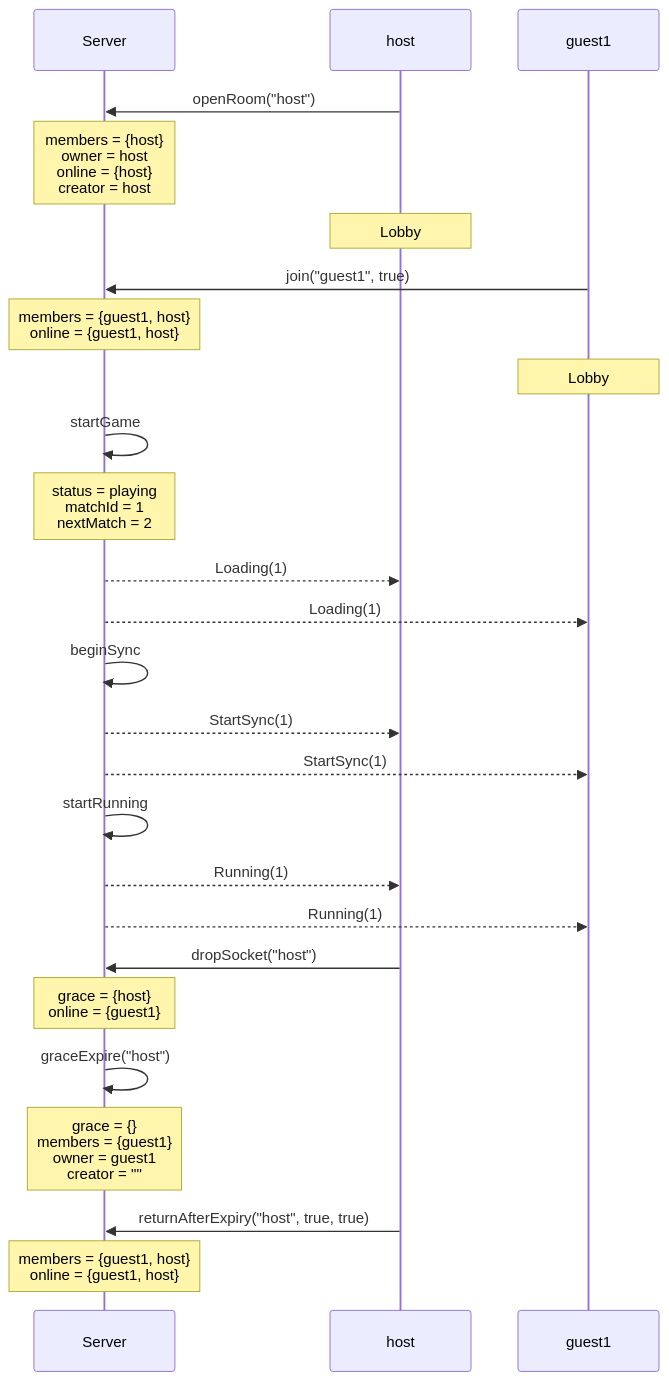
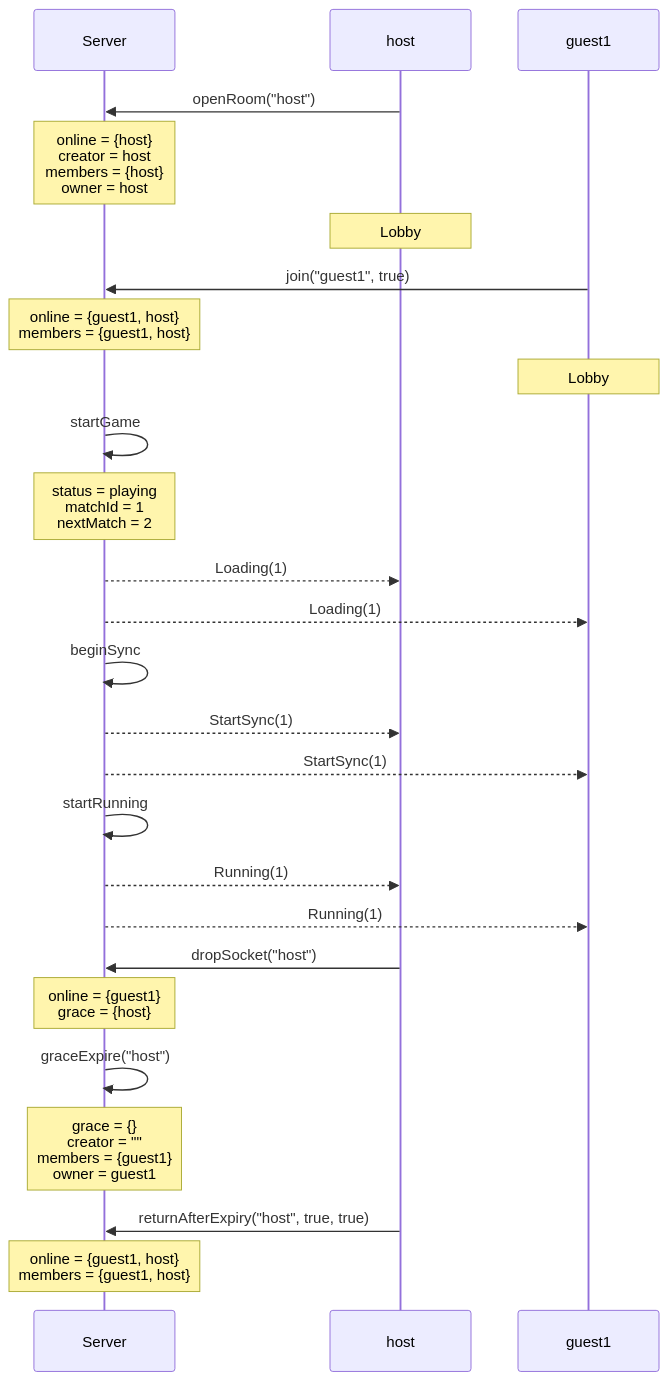
One commit to kwilson21/kaillera-next changed the seventh of 29 diagrams in docs/spec-traces.md. Above: the diagram before and after it, drawn with Mermaid. The commit also changed other lines of this file and 15 other files, not shown here.

````diff
--- a/docs/spec-traces.md
+++ b/docs/spec-traces.md
@@ -140,28 +140,28 @@
 ```mermaid
 sequenceDiagram
   participant Server
   participant host
   participant guest1
   host->>Server: openRoom("host")
-  Note over Server: members = {host}<br/>owner = host<br/>online = {host}<br/>creator = host
+  Note over Server: online = {host}<br/>creator = host<br/>members = {host}<br/>owner = host
   Note over host: Lobby
   guest1->>Server: join("guest1", true)
-  Note over Server: members = {guest1, host}<br/>online = {guest1, host}
+  Note over Server: online = {guest1, host}<br/>members = {guest1, host}
   Note over guest1: Lobby
   Server->>Server: startGame
   Note over Server: status = playing<br/>matchId = 1<br/>nextMatch = 2
   Server-->>host: Loading(1)
   Server-->>guest1: Loading(1)
   Server->>Server: beginSync
   Server-->>host: StartSync(1)
   Server-->>guest1: StartSync(1)
   Server->>Server: startRunning
   Server-->>host: Running(1)
   Server-->>guest1: Running(1)
   host->>Server: dropSocket("host")
-  Note over Server: grace = {host}<br/>online = {guest1}
+  Note over Server: online = {guest1}<br/>grace = {host}
   Server->>Server: graceExpire("host")
-  Note over Server: grace = {}<br/>members = {guest1}<br/>owner = guest1<br/>creator = ""
+  Note over Server: grace = {}<br/>creator = ""<br/>members = {guest1}<br/>owner = guest1
   host->>Server: returnAfterExpiry("host", true, true)
-  Note over Server: members = {guest1, host}<br/>online = {guest1, host}
+  Note over Server: online = {guest1, host}<br/>members = {guest1, host}
 ```
````
